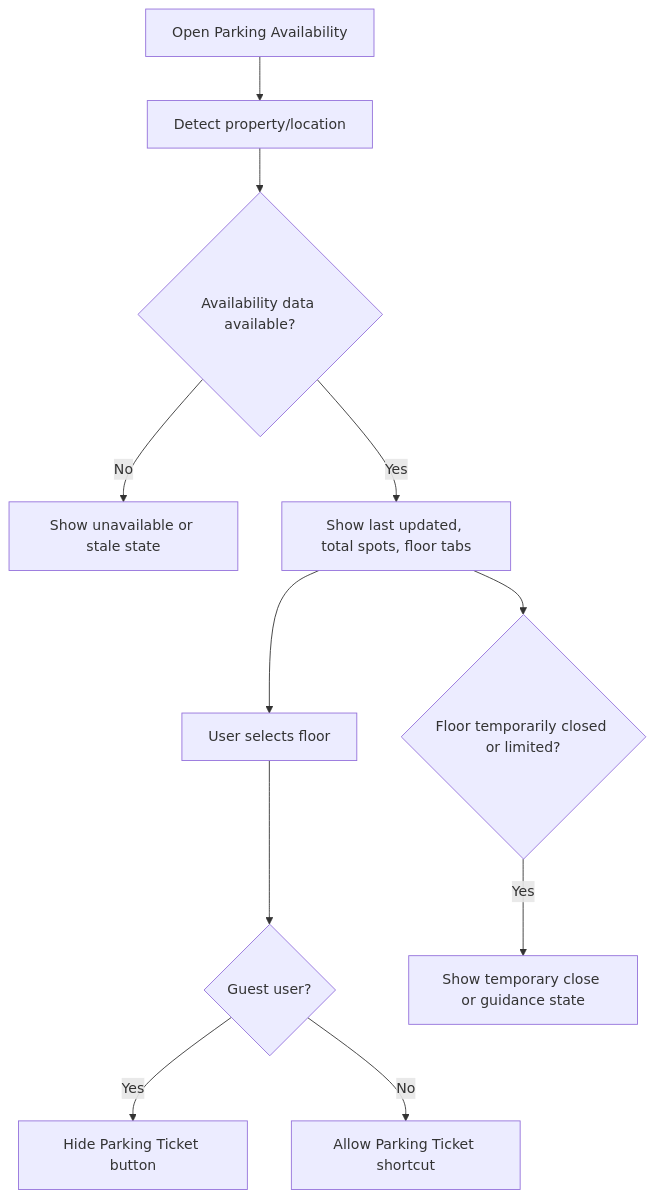
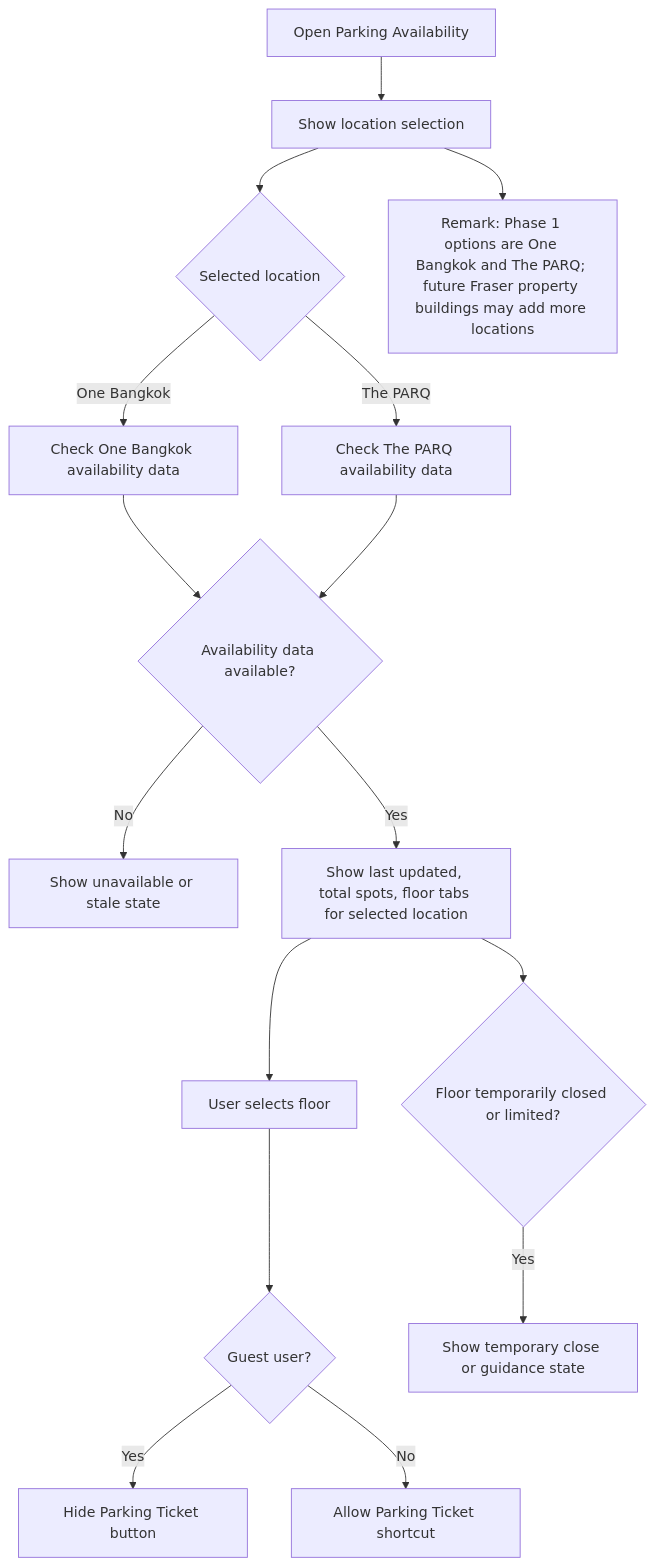
Diagram 17 of 21 in 02_Discovery/PARQ_UX_Stakeholder_User_Flow_Pack.md (khempaphatama-bas/parq-integration), drawn with Mermaid before and after one commit. The commit also changed other lines of this file and 13 other files, not shown here.

Commit message:
Update stakeholder user flows, Architetcure Impact

````diff
--- a/02_Discovery/PARQ_UX_Stakeholder_User_Flow_Pack.md
+++ b/02_Discovery/PARQ_UX_Stakeholder_User_Flow_Pack.md
@@ -502,13 +573,18 @@
 ```mermaid
 flowchart TD
-    A["Open Parking Availability"] --> B["Detect property/location"]
-    B --> C{"Availability data available?"}
-    C -- "No" --> E1["Show unavailable or stale state"]
-    C -- "Yes" --> D["Show last updated, total spots, floor tabs"]
-    D --> E["User selects floor"]
-    E --> F{"Guest user?"}
-    F -- "Yes" --> G["Hide Parking Ticket button"]
-    F -- "No" --> H["Allow Parking Ticket shortcut"]
-    D --> I{"Floor temporarily closed or limited?"}
-    I -- "Yes" --> J["Show temporary close or guidance state"]
+    A["Open Parking Availability"] --> B["Show location selection"]
+    B --> B1{"Selected location"}
+    B1 -- "One Bangkok" --> C["Check One Bangkok availability data"]
+    B1 -- "The PARQ" --> C2["Check The PARQ availability data"]
+    C --> D{"Availability data available?"}
+    C2 --> D
+    D -- "No" --> E1["Show unavailable or stale state"]
+    D -- "Yes" --> F["Show last updated, total spots, floor tabs for selected location"]
+    F --> G["User selects floor"]
+    G --> H{"Guest user?"}
+    H -- "Yes" --> I["Hide Parking Ticket button"]
+    H -- "No" --> J["Allow Parking Ticket shortcut"]
+    F --> K{"Floor temporarily closed or limited?"}
+    K -- "Yes" --> L["Show temporary close or guidance state"]
+    B --> M["Remark: Phase 1 options are One Bangkok and The PARQ; future Fraser property buildings may add more locations"]
 ```
````
